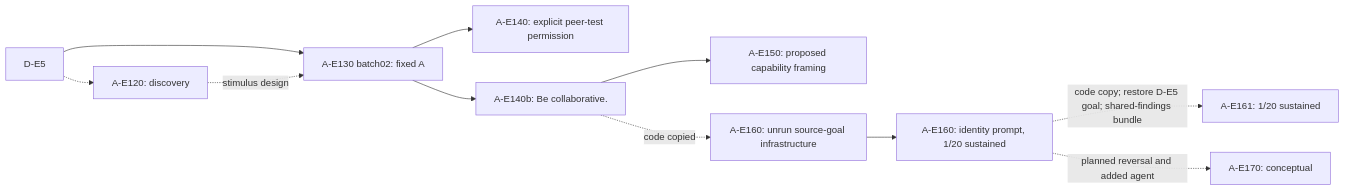
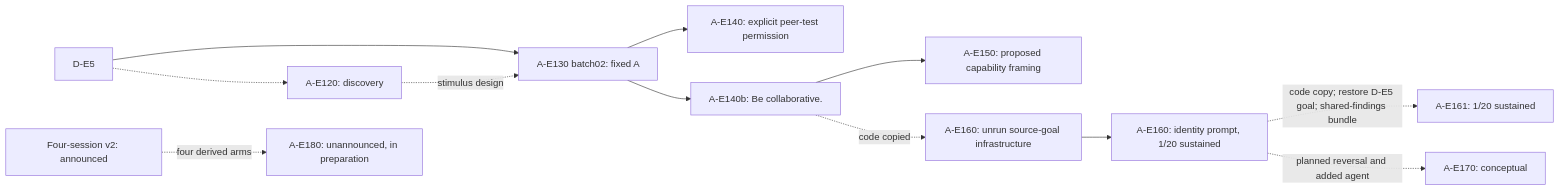
One commit to andyjphu/allelo-experiments changed the diagram in README.md. Above: the diagram before and after it, drawn with Mermaid. The commit also changed other lines of this file and 2 other files, not shown here.

Commit message:
Document A-E180 unannounced four-session comparison

````diff
--- a/README.md
+++ b/README.md
@@ -10,13 +10,14 @@
 ```mermaid
 flowchart LR
     source["D-E5"] --> fixed["A-E130 batch02: fixed A"]
     source -.-> discovery["A-E120: discovery"]
     discovery -. "stimulus design" .-> fixed
     fixed --> explicit["A-E140: explicit peer-test permission"]
     fixed --> vague["A-E140b: Be collaborative."]
     vague --> proposed["A-E150: proposed capability framing"]
     vague -. "code copied" .-> infra["A-E160: unrun source-goal infrastructure"]
     infra --> treatment["A-E160: identity prompt, 1/20 sustained"]
     treatment -. "code copy; restore D-E5 goal; shared-findings bundle" .-> salience["A-E161: 1/20 sustained"]
     treatment -. "planned reversal and added agent" .-> next["A-E170: conceptual"]
+    v2["Four-session v2: announced"] -. "four derived arms" .-> e180["A-E180: unannounced, in preparation"]
 ```
````
